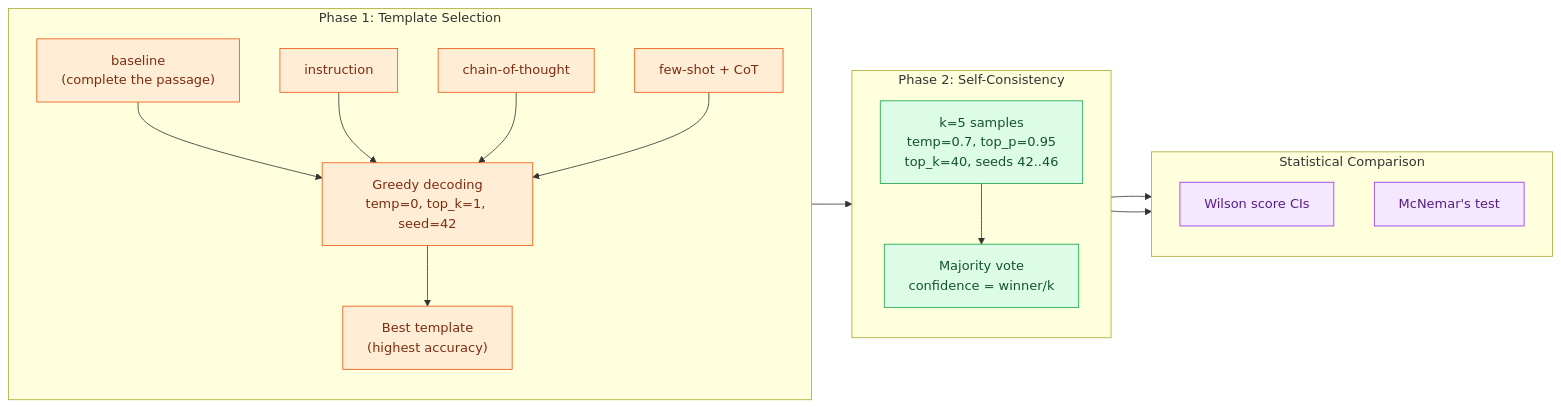
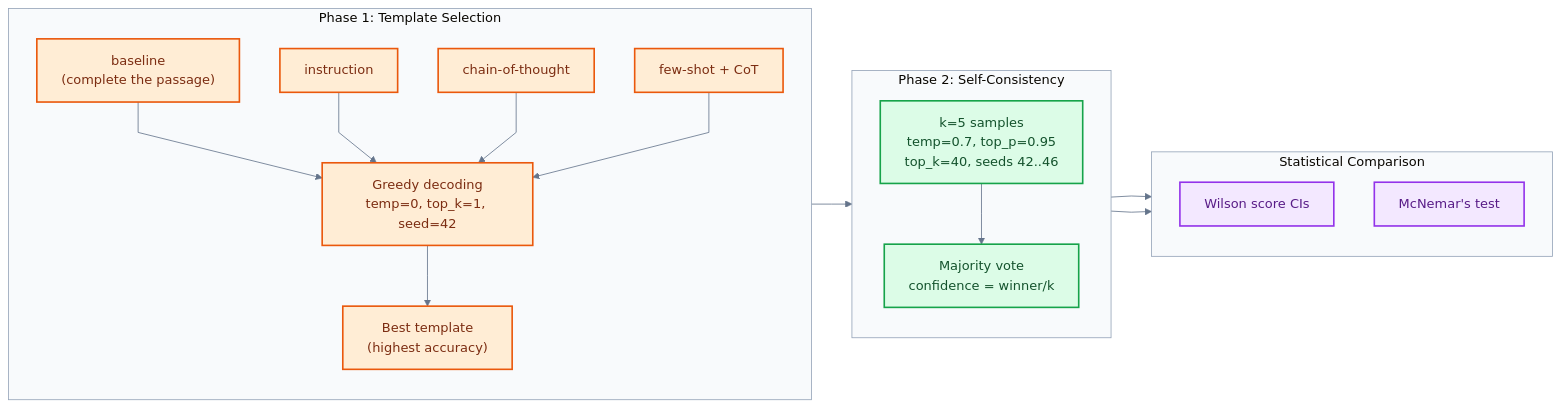
Before and after one commit to jameswniu/self-hosted-llm-evals-lab: the second of 4 diagrams in README.md, drawn with Mermaid. The commit also changed other lines of this file, not shown here.

Commit message:
polish README rigor and Mermaid diagram consistency

````diff
--- a/README.md
+++ b/README.md
@@ -104,41 +115,38 @@
 ```mermaid
-graph LR
+%%{init: {'theme':'base', 'themeVariables': {'lineColor': '#64748b', 'clusterBkg': '#f8fafc', 'clusterBorder': '#94a3b8'}, 'flowchart': {'curve': 'linear'}}}%%
+flowchart LR
+    classDef phase1 fill:#ffedd5,stroke:#ea580c,color:#7c2d12,stroke-width:2px
+    classDef phase2 fill:#dcfce7,stroke:#16a34a,color:#14532d,stroke-width:2px
+    classDef stats fill:#f3e8ff,stroke:#9333ea,color:#581c87,stroke-width:2px
+
     subgraph Phase1["Phase 1: Template Selection"]
         direction TB
-        T1["baseline\n(complete the passage)"]
-        T2["instruction"]
-        T3["chain-of-thought"]
-        T4["few-shot + CoT"]
-        GD["Greedy decoding\ntemp=0, top_k=1, seed=42"]
+        T1["baseline<br/>(complete the passage)"]:::phase1
+        T2["instruction"]:::phase1
+        T3["chain-of-thought"]:::phase1
+        T4["few-shot + CoT"]:::phase1
+        GD["Greedy decoding<br/>temp=0, top_k=1, seed=42"]:::phase1
         T1 --> GD
         T2 --> GD
         T3 --> GD
         T4 --> GD
-        GD --> BEST["Best template\n(highest accuracy)"]
+        GD --> BEST["Best template<br/>(highest accuracy)"]:::phase1
     end
 
     subgraph Phase2["Phase 2: Self-Consistency"]
         direction TB
-        SC["k=5 samples\ntemp=0.7, top_p=0.95\ntop_k=40, seeds 42..46"]
-        MV["Majority vote\nconfidence = winner/k"]
+        SC["k=5 samples<br/>temp=0.7, top_p=0.95<br/>top_k=40, seeds 42..46"]:::phase2
+        MV["Majority vote<br/>confidence = winner/k"]:::phase2
         SC --> MV
     end
 
     subgraph Stats["Statistical Comparison"]
         direction TB
-        WCI["Wilson score CIs"]
-        MN["McNemar's test"]
+        WCI["Wilson score CIs"]:::stats
+        MN["McNemar's test"]:::stats
     end
 
     BEST --> SC
     MV --> WCI
     MV --> MN
-
-    classDef phase1 fill:#ffedd5,stroke:#ea580c,color:#7c2d12
-    classDef phase2 fill:#dcfce7,stroke:#16a34a,color:#14532d
-    classDef stats fill:#f3e8ff,stroke:#9333ea,color:#581c87
-
-    class T1,T2,T3,T4,GD,BEST phase1
-    class SC,MV phase2
-    class WCI,MN stats
 ```
````
